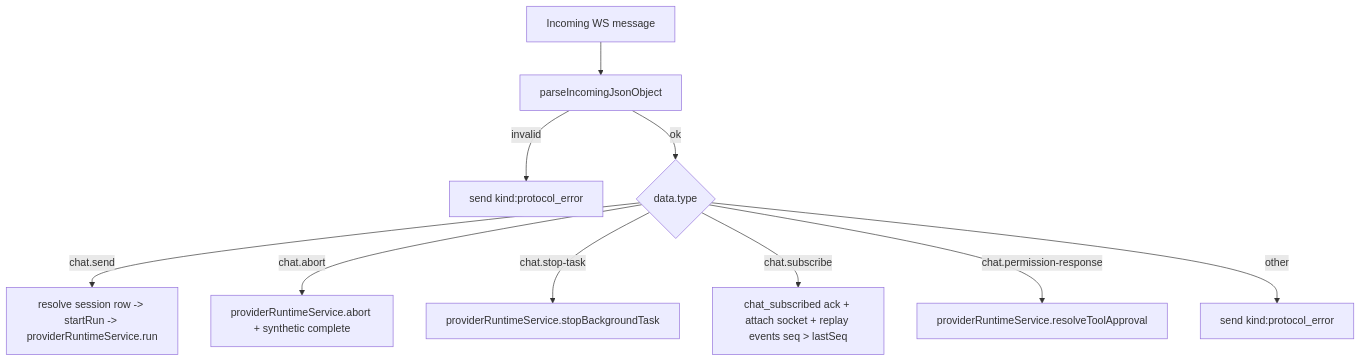
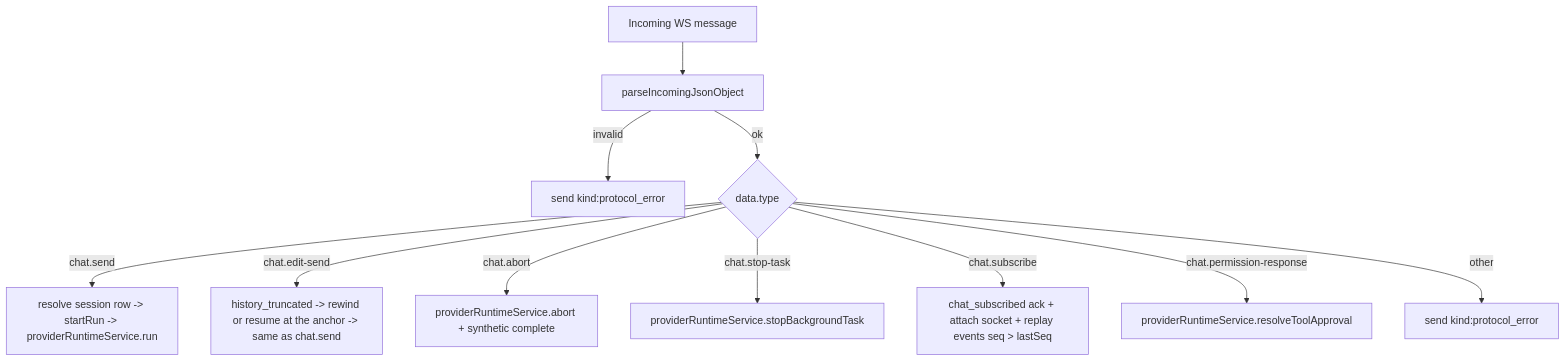
Before and after one commit to siteboon/claudecodeui: the third of 5 diagrams in server/modules/websocket/README.md, drawn with Mermaid. The commit also changed other lines of this file and 18 other files, not shown here.

````diff
--- a/server/modules/websocket/README.md
+++ b/server/modules/websocket/README.md
@@ -126,13 +126,14 @@
 ```mermaid
 flowchart TD
   A[Incoming WS message] --> B[parseIncomingJsonObject]
   B -->|invalid| C[send kind:protocol_error]
   B -->|ok| D{data.type}
 
   D -->|chat.send| E[resolve session row -> startRun -> providerRuntimeService.run]
+  D -->|chat.edit-send| E2[history_truncated -> rewind or resume at the anchor -> same as chat.send]
   D -->|chat.abort| F[providerRuntimeService.abort + synthetic complete]
   D -->|chat.stop-task| F2[providerRuntimeService.stopBackgroundTask]
   D -->|chat.subscribe| G[chat_subscribed ack + attach socket + replay events seq > lastSeq]
   D -->|chat.permission-response| H[providerRuntimeService.resolveToolApproval]
   D -->|other| I[send kind:protocol_error]
 ```
````
